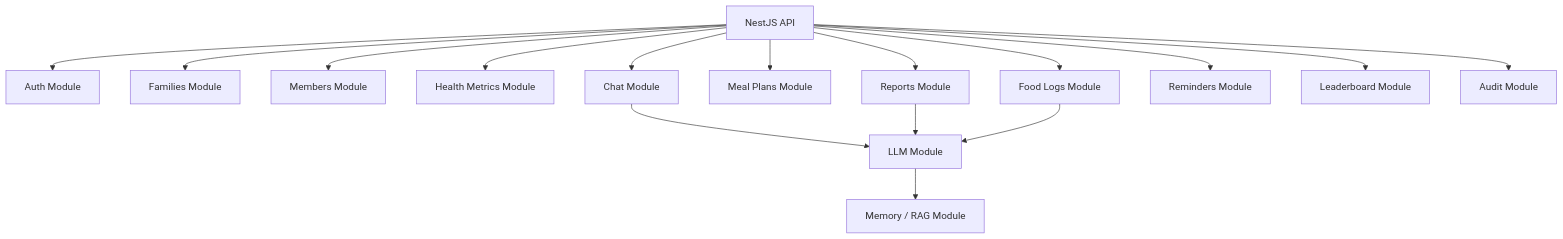
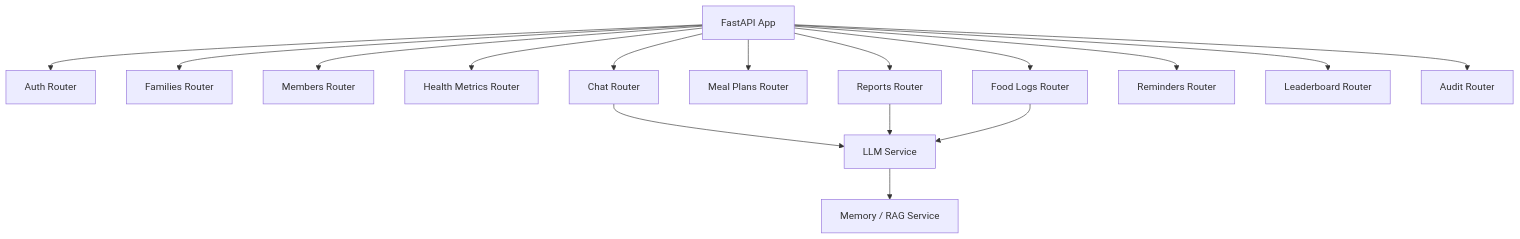
The second of 5 diagrams in outputs/family-health-coach-ai-blueprint.md (arpit-jain-mygit/family-health-coach-ai), drawn with Mermaid before and after one commit. The commit also changed other lines of this file and 1 other file, not shown here.

Commit message:
Switch API plan to FastAPI

````diff
--- a/outputs/family-health-coach-ai-blueprint.md
+++ b/outputs/family-health-coach-ai-blueprint.md
@@ -100,19 +100,19 @@
 ```mermaid
 flowchart TB
-  api["NestJS API"]
-  api --> auth["Auth Module"]
-  api --> families["Families Module"]
-  api --> members["Members Module"]
-  api --> health["Health Metrics Module"]
-  api --> food["Food Logs Module"]
-  api --> plans["Meal Plans Module"]
-  api --> chat["Chat Module"]
-  api --> reports["Reports Module"]
-  api --> reminders["Reminders Module"]
-  api --> leaderboard["Leaderboard Module"]
-  api --> audit["Audit Module"]
-  chat --> llm["LLM Module"]
+  api["FastAPI App"]
+  api --> auth["Auth Router"]
+  api --> families["Families Router"]
+  api --> members["Members Router"]
+  api --> health["Health Metrics Router"]
+  api --> food["Food Logs Router"]
+  api --> plans["Meal Plans Router"]
+  api --> chat["Chat Router"]
+  api --> reports["Reports Router"]
+  api --> reminders["Reminders Router"]
+  api --> leaderboard["Leaderboard Router"]
+  api --> audit["Audit Router"]
+  chat --> llm["LLM Service"]
   reports --> llm
   food --> llm
-  llm --> memory["Memory / RAG Module"]
+  llm --> memory["Memory / RAG Service"]
 ```
````
